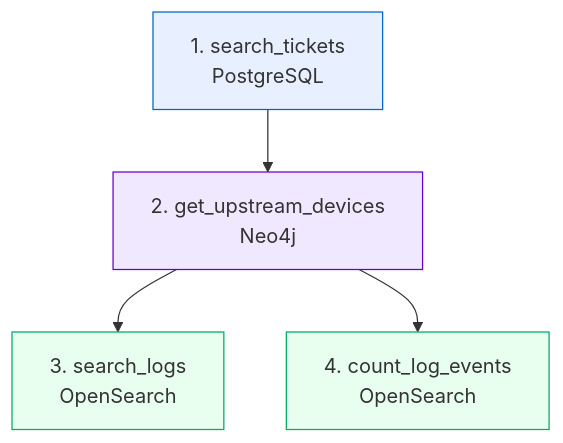
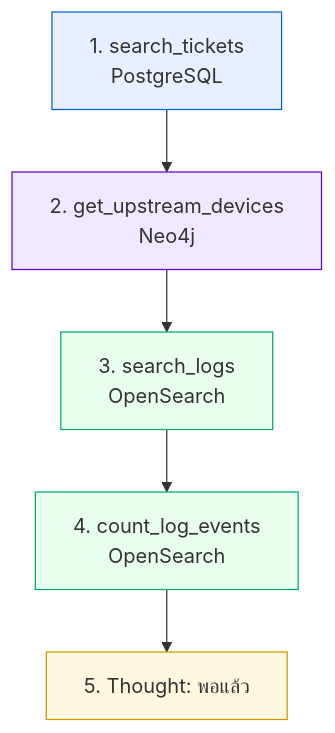
Before and after one commit to LLM-CE-KMITL/mcp-workshop: the diagram in INSTRUCTIONS/reference/prompt-examples.md, drawn with Mermaid. The commit also changed other lines of this file and 38 other files, not shown here.

````diff
--- a/INSTRUCTIONS/reference/prompt-examples.md
+++ b/INSTRUCTIONS/reference/prompt-examples.md
@@ -109,10 +89,12 @@
 ```mermaid
 flowchart TD
     S1["1. search_tickets<br/>PostgreSQL"] --> S2["2. get_upstream_devices<br/>Neo4j"]
     S2 --> S3["3. search_logs<br/>OpenSearch"]
-    S2 --> S4["4. count_log_events<br/>OpenSearch"]
+    S3 --> S4["4. count_log_events<br/>OpenSearch"]
+    S4 --> S5["5. Thought: พอแล้ว"]
     style S1 fill:#e8f0ff,stroke:#06c
     style S2 fill:#f0e8ff,stroke:#60c
     style S3 fill:#e8fff0,stroke:#0a6
     style S4 fill:#e8fff0,stroke:#0a6
+    style S5 fill:#fff8e0,stroke:#c90
 ```
````
